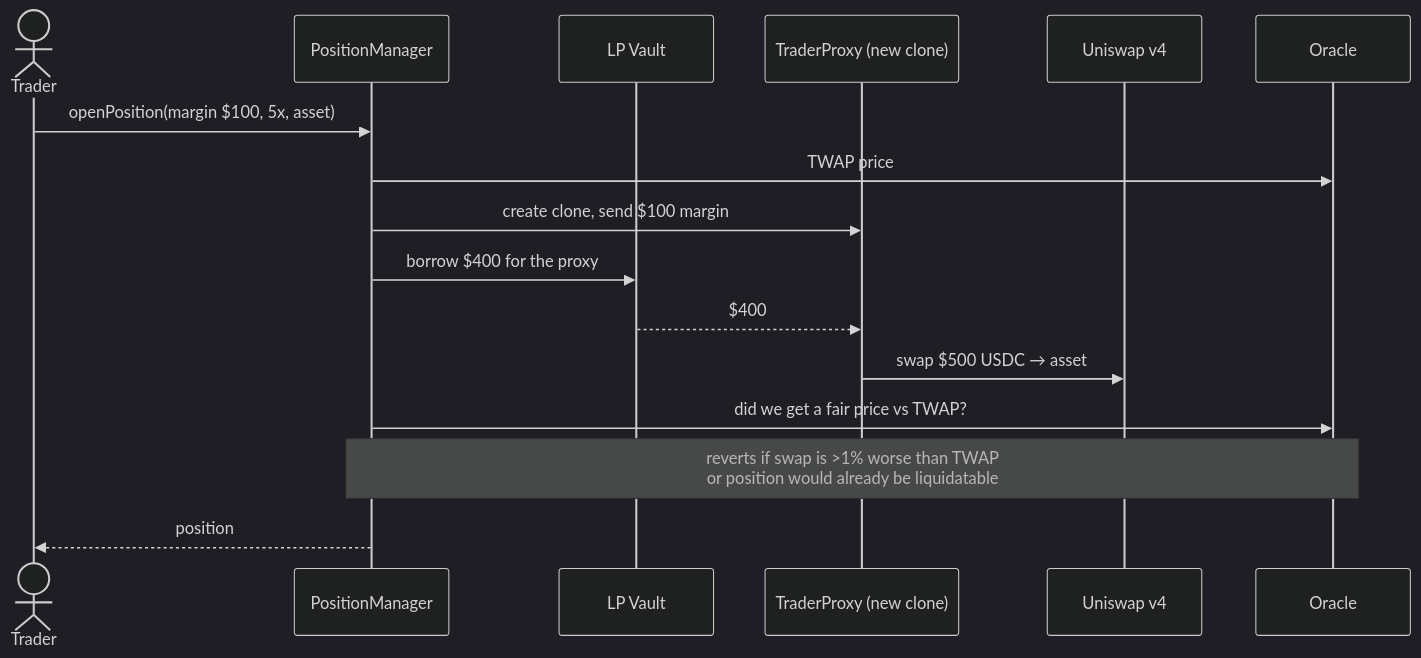
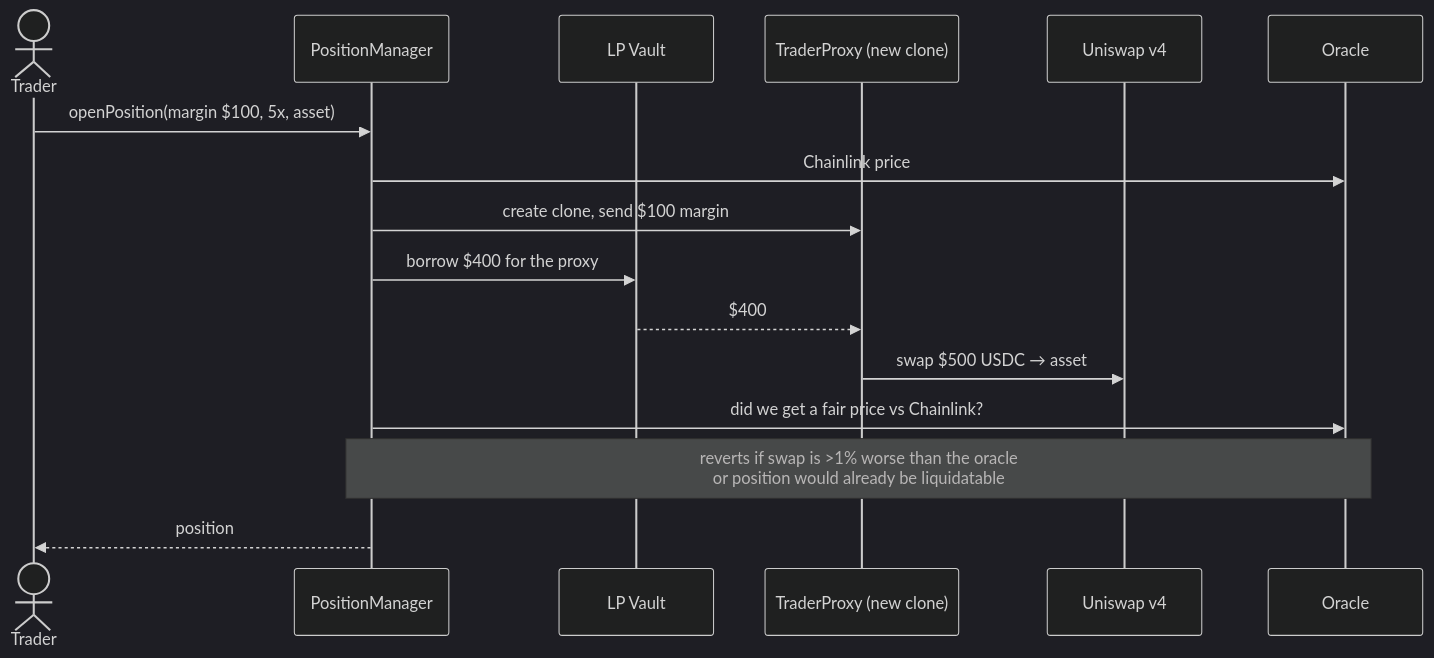
Before and after one commit to Niraj-Kamdar/decentralised-prop-trading: the second of 10 diagrams in README.md, drawn with Mermaid (dark theme). The commit also changed other lines of this file and 4 other files, not shown here.

First line of the commit message:
docs: describe the Base deployment, Chainlink oracle and trader levels

````diff
--- a/README.md
+++ b/README.md
@@ -44,19 +46,19 @@
 ```mermaid
 sequenceDiagram
     actor T as Trader
     participant PM as PositionManager
     participant V as LP Vault
     participant P as TraderProxy (new clone)
     participant U as Uniswap v4
     participant O as Oracle
 
     T->>PM: openPosition(margin $100, 5x, asset)
-    PM->>O: TWAP price
+    PM->>O: Chainlink price
     PM->>P: create clone, send $100 margin
     PM->>V: borrow $400 for the proxy
     V-->>P: $400
     P->>U: swap $500 USDC → asset
-    PM->>O: did we get a fair price vs TWAP?
-    Note over PM,O: reverts if swap is >1% worse than TWAP<br/>or position would already be liquidatable
+    PM->>O: did we get a fair price vs Chainlink?
+    Note over PM,O: reverts if swap is >1% worse than the oracle<br/>or position would already be liquidatable
     PM-->>T: position #N open (7-day epoch)
 ```
````
